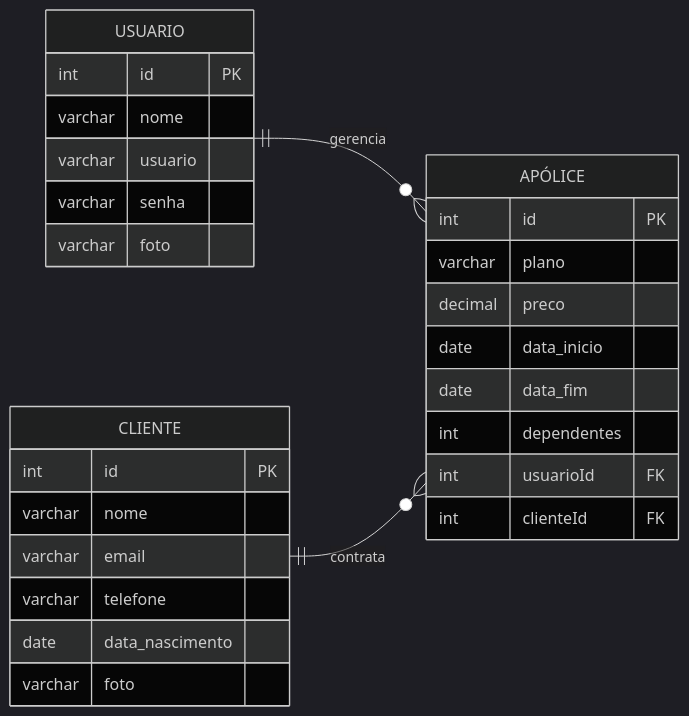
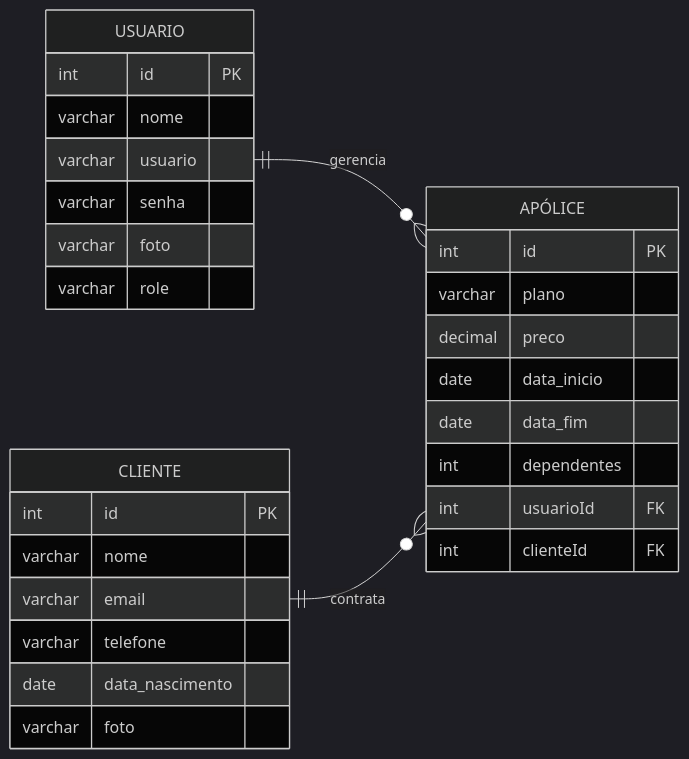
The second of 2 diagrams in README.md (Javascript13-Grupo02/Projeto-integrador-03-VivaCare), drawn with Mermaid before and after one commit. The commit also changed other lines of this file, not shown here.

````diff
--- a/README.md
+++ b/README.md
@@ -78,35 +79,36 @@
 ```mermaid
 erDiagram
 	direction LR
 	USUARIO {
 		int id PK ""  
 		varchar nome  ""  
 		varchar usuario  ""  
 		varchar senha  ""  
-		varchar foto  ""  
+		varchar foto  ""
+		varchar role  ""  
 	}
 
 	APÓLICE {
 		int id PK ""  
 		varchar plano  ""  
 		decimal preco  ""  
 		date data_inicio  ""  
 		date data_fim  ""  
 		int dependentes  ""  
 		int usuarioId FK ""  
 		int clienteId FK ""  
 	}
 
 	CLIENTE {
 		int id PK ""  
 		varchar nome  ""  
 		varchar email  ""  
 		varchar telefone  ""  
 		date data_nascimento  ""  
 		varchar foto  ""  
 	}
 	
 %%{init: {'theme':'dark', 'themeVariables': { 'primaryColor': '#2d2d2d', 'edgeColor': '#888888' }}}%%
 	USUARIO||--o{APÓLICE:"gerencia"
 	CLIENTE||--o{APÓLICE:"contrata"
 ```
````
